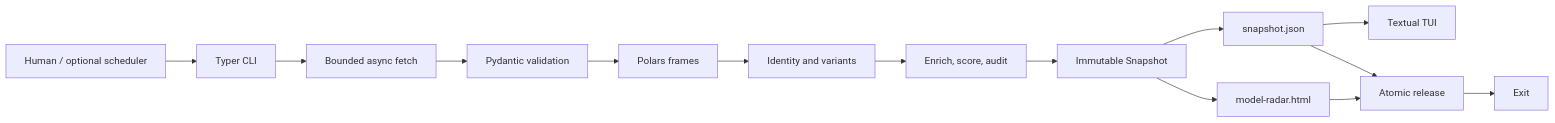
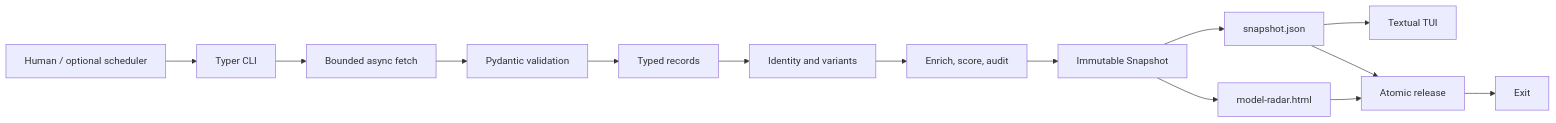
The diagram in solution.md (brewingshell/model-radar), drawn with Mermaid before and after one commit. The commit also changed other lines of this file and 10 other files, not shown here.

````diff
--- a/solution.md
+++ b/solution.md
@@ -68,16 +72,16 @@
 ```mermaid
 flowchart LR
     Caller[Human / optional scheduler] --> CLI[Typer CLI]
     CLI --> Fetch[Bounded async fetch]
     Fetch --> Validate[Pydantic validation]
-    Validate --> Frames[Polars frames]
+    Validate --> Frames[Typed records]
     Frames --> Resolve[Identity and variants]
     Resolve --> Analyze[Enrich, score, audit]
     Analyze --> Snapshot[Immutable Snapshot]
     Snapshot --> HTML[model-radar.html]
     Snapshot --> JSON[snapshot.json]
     JSON --> TUI[Textual TUI]
     HTML --> Publish[Atomic release]
     JSON --> Publish
     Publish --> Exit[Exit]
 ```
````
